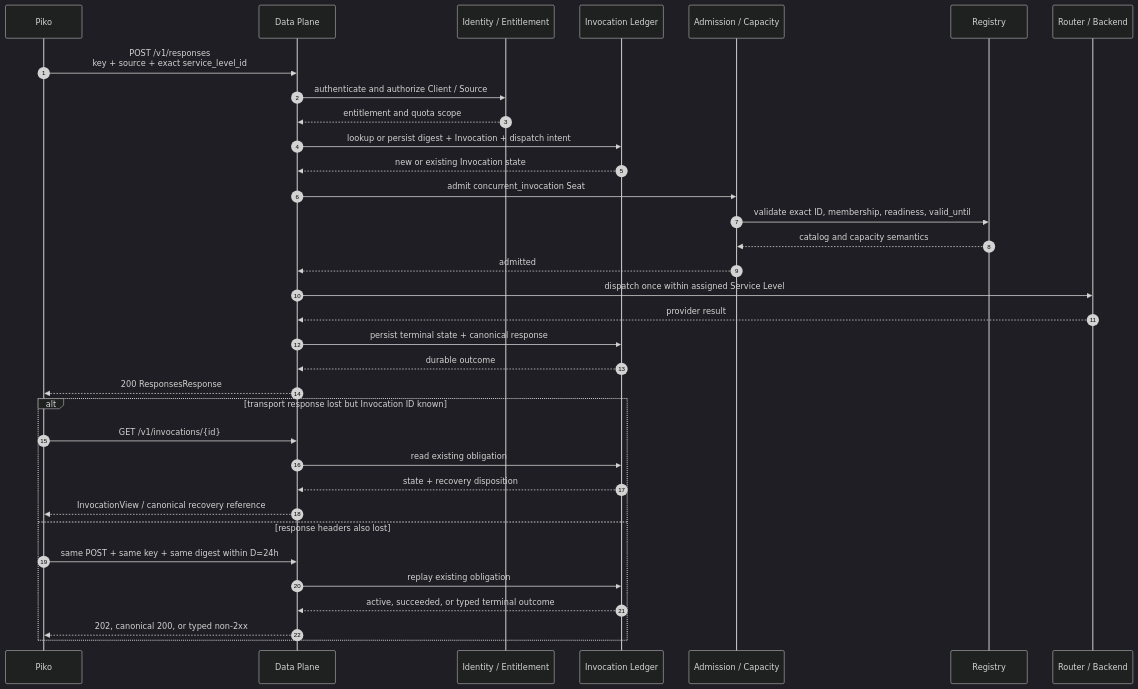
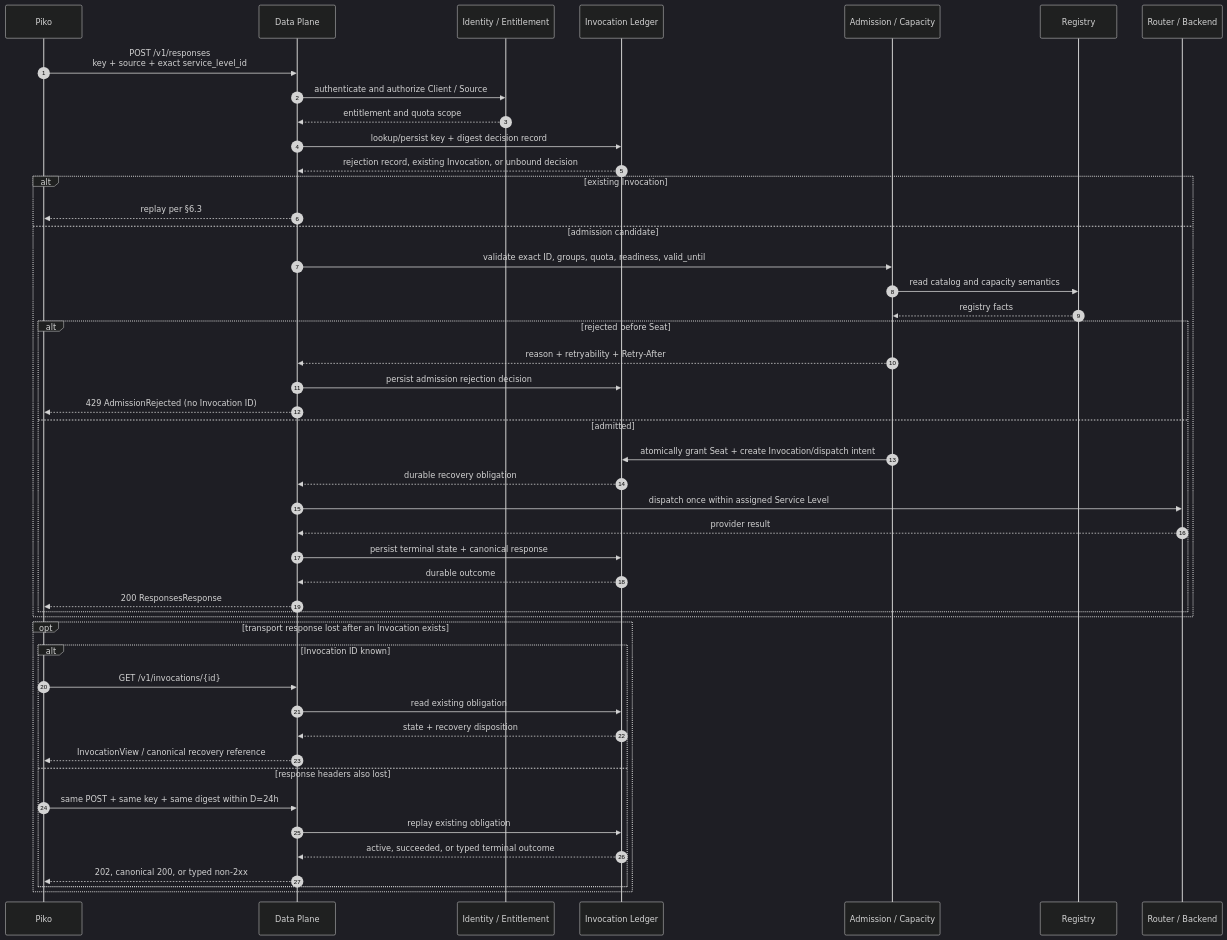
The fourth of 5 diagrams in docs/20_system_design/llmtier-system-design.md (corezilla/LLMTier), drawn with Mermaid (dark theme) before and after one commit. The commit also changed other lines of this file and 19 other files, not shown here.

````diff
--- a/docs/20_system_design/llmtier-system-design.md
+++ b/docs/20_system_design/llmtier-system-design.md
@@ -327,38 +417,51 @@
 ```mermaid
 sequenceDiagram
     autonumber
     participant P as Piko
     participant D as Data Plane
     participant I as Identity / Entitlement
     participant L as Invocation Ledger
     participant A as Admission / Capacity
     participant R as Registry
     participant B as Router / Backend
 
     P->>D: POST /v1/responses<br/>key + source + exact service_level_id
     D->>I: authenticate and authorize Client / Source
     I-->>D: entitlement and quota scope
-    D->>L: lookup or persist digest + Invocation + dispatch intent
-    L-->>D: new or existing Invocation state
-    D->>A: admit concurrent_invocation Seat
-    A->>R: validate exact ID, membership, readiness, valid_until
-    R-->>A: catalog and capacity semantics
-    A-->>D: admitted
-    D->>B: dispatch once within assigned Service Level
-    B-->>D: provider result
-    D->>L: persist terminal state + canonical response
-    L-->>D: durable outcome
-    D-->>P: 200 ResponsesResponse
+    D->>L: lookup/persist key + digest decision record
+    L-->>D: rejection record, existing Invocation, or unbound decision
+    alt existing Invocation
+        D-->>P: replay per §6.3
+    else admission candidate
+        D->>A: validate exact ID, groups, quota, readiness, valid_until
+        A->>R: read catalog and capacity semantics
+        R-->>A: registry facts
+        alt rejected before Seat
+            A-->>D: reason + retryability + Retry-After
+            D->>L: persist admission rejection decision
+            D-->>P: 429 AdmissionRejected (no Invocation ID)
+        else admitted
+            A->>L: atomically grant Seat + create Invocation/dispatch intent
+            L-->>D: durable recovery obligation
+            D->>B: dispatch once within assigned Service Level
+            B-->>D: provider result
+            D->>L: persist terminal state + canonical response
+            L-->>D: durable outcome
+            D-->>P: 200 ResponsesResponse
+        end
+    end
 
-    alt transport response lost but Invocation ID known
+    opt transport response lost after an Invocation exists
+      alt Invocation ID known
         P->>D: GET /v1/invocations/{id}
         D->>L: read existing obligation
         L-->>D: state + recovery disposition
         D-->>P: InvocationView / canonical recovery reference
-    else response headers also lost
+      else response headers also lost
         P->>D: same POST + same key + same digest within D=24h
         D->>L: replay existing obligation
         L-->>D: active, succeeded, or typed terminal outcome
         D-->>P: 202, canonical 200, or typed non-2xx
+      end
     end
 ```
````
